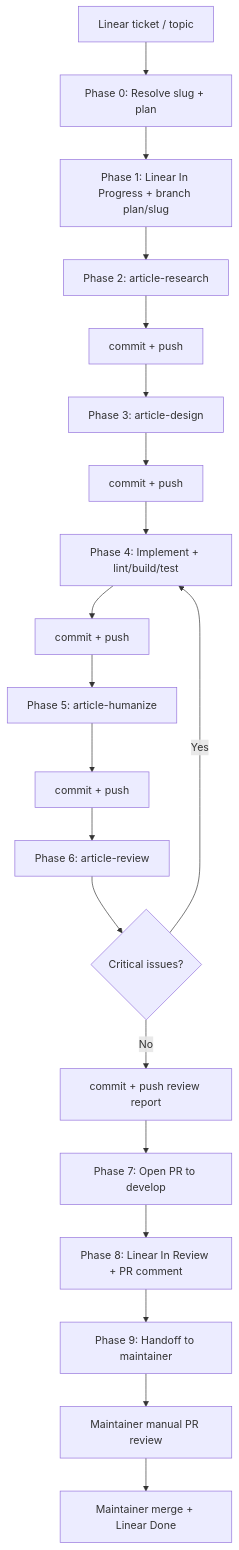
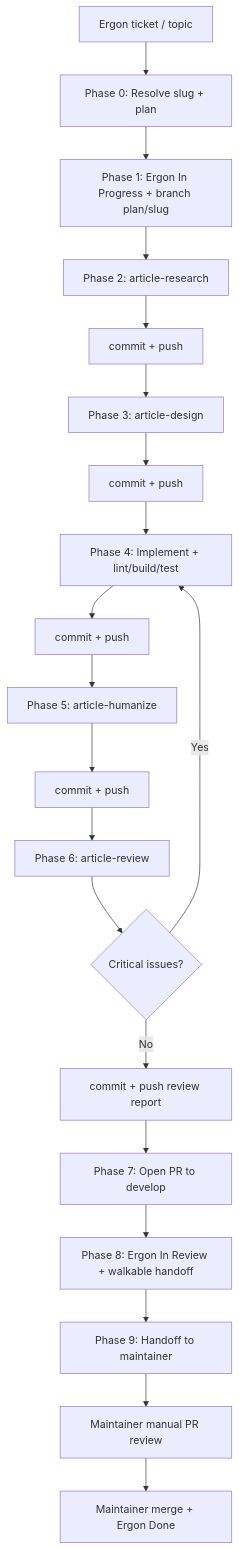
The diagram in .cursor/skills/ship-article/pipeline-overview.md (Coalescence-Labs/LookingGlass), drawn with Mermaid before and after one commit. The commit also changed other lines of this file and 6 other files, not shown here.

First line of the commit message:
docs(skills): point ship-article pipeline at Ergon instead of Linear

````diff
--- a/.cursor/skills/ship-article/pipeline-overview.md
+++ b/.cursor/skills/ship-article/pipeline-overview.md
@@ -5,22 +5,22 @@
 ```mermaid
 flowchart TD
-  A[Linear ticket / topic] --> B[Phase 0: Resolve slug + plan]
-  B --> C[Phase 1: Linear In Progress + branch plan/slug]
+  A[Ergon ticket / topic] --> B[Phase 0: Resolve slug + plan]
+  B --> C[Phase 1: Ergon In Progress + branch plan/slug]
   C --> D[Phase 2: article-research]
   D --> D2[commit + push]
   D2 --> E[Phase 3: article-design]
   E --> E2[commit + push]
   E2 --> F[Phase 4: Implement + lint/build/test]
   F --> F2[commit + push]
   F2 --> G[Phase 5: article-humanize]
   G --> G2[commit + push]
   G2 --> H[Phase 6: article-review]
   H --> I{Critical issues?}
   I -->|Yes| F
   I -->|No| H2[commit + push review report]
   H2 --> J[Phase 7: Open PR to develop]
-  J --> K[Phase 8: Linear In Review + PR comment]
+  J --> K[Phase 8: Ergon In Review + walkable handoff]
   K --> L[Phase 9: Handoff to maintainer]
   L --> M[Maintainer manual PR review]
-  M --> N[Maintainer merge + Linear Done]
+  M --> N[Maintainer merge + Ergon Done]
 ```
````
